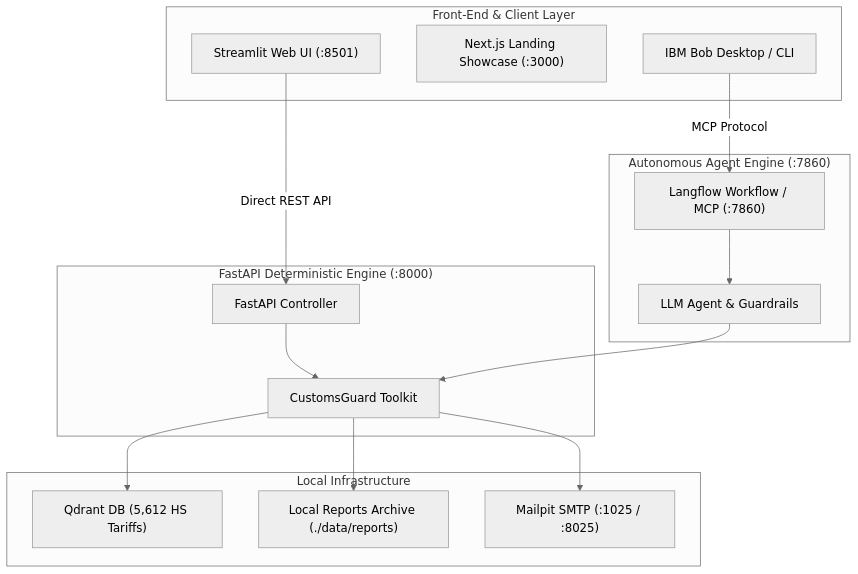
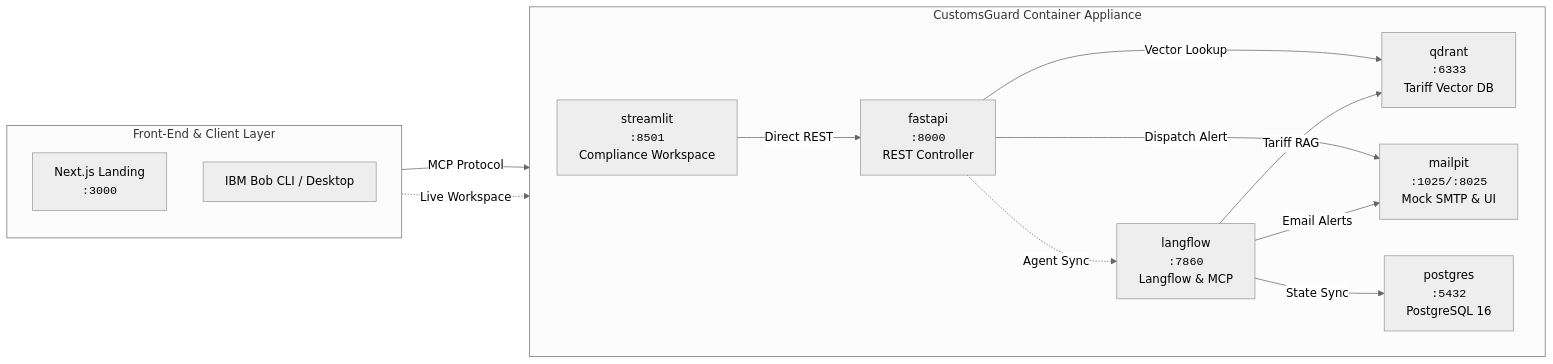
One commit to rafifmsn/customs-guard changed the diagram in README.md. Above: the diagram before and after it, drawn with Mermaid (neutral theme). The commit also changed other lines of this file and 6 other files, not shown here.

Commit message:
docs(arch): update horizontal system topology diagram, dual-channel specs, and workflow references

````diff
--- a/README.md
+++ b/README.md
@@ -32,34 +32,29 @@
 ```mermaid
-flowchart TD
-    subgraph UI_Layer ["Front-End & Client Layer"]
-        A["Streamlit Web UI (:8501)"]
-        B["Next.js Landing Showcase (:3000)"]
-        C["IBM Bob Desktop / CLI"]
+flowchart LR
+    subgraph Clients ["Front-End & Client Layer"]
+        direction TB
+        WEB["Next.js Landing<br/><code>:3000</code>"]
+        BOB["IBM Bob CLI / Desktop"]
     end
 
-    subgraph Deterministic_Path ["FastAPI Deterministic Engine (:8000)"]
-        D["FastAPI Controller"]
-        E["CustomsGuard Toolkit"]
+    subgraph Appliance ["CustomsGuard Container Appliance"]
+        direction LR
+        ST["streamlit<br/><code>:8501</code><br/>Compliance Workspace"]
+        API["fastapi<br/><code>:8000</code><br/>REST Controller"]
+        LF["langflow<br/><code>:7860</code><br/>Langflow & MCP"]
+        QD["qdrant<br/><code>:6333</code><br/>Tariff Vector DB"]
+        MP["mailpit<br/><code>:1025/:8025</code><br/>Mock SMTP & UI"]
+        PG["postgres<br/><code>:5432</code><br/>PostgreSQL 16"]
+
+        ST -->|Direct REST| API
+        API -->|Vector Lookup| QD
+        API -->|Dispatch Alert| MP
+        API -.->|Agent Sync| LF
+        LF -->|State Sync| PG
+        LF -->|Tariff RAG| QD
+        LF -->|Email Alerts| MP
     end
 
-    subgraph Agent_Path ["Autonomous Agent Engine (:7860)"]
-        F["Langflow Workflow / MCP (:7860)"]
-        G["LLM Agent & Guardrails"]
-    end
-
-    subgraph Storage_Services ["Local Infrastructure"]
-        H["Qdrant DB (5,612 HS Tariffs)"]
-        I["Local Reports Archive (./data/reports)"]
-        J["Mailpit SMTP (:1025 / :8025)"]
-    end
-
-    A -- "Direct REST API" --> D
-    D --> E
-    E --> H
-    E --> I
-    E --> J
-
-    C -- "MCP Protocol" --> F
-    F --> G
-    G --> E
+    BOB -->|MCP Protocol| LF
+    WEB -.->|Live Workspace| ST
 ```
````
